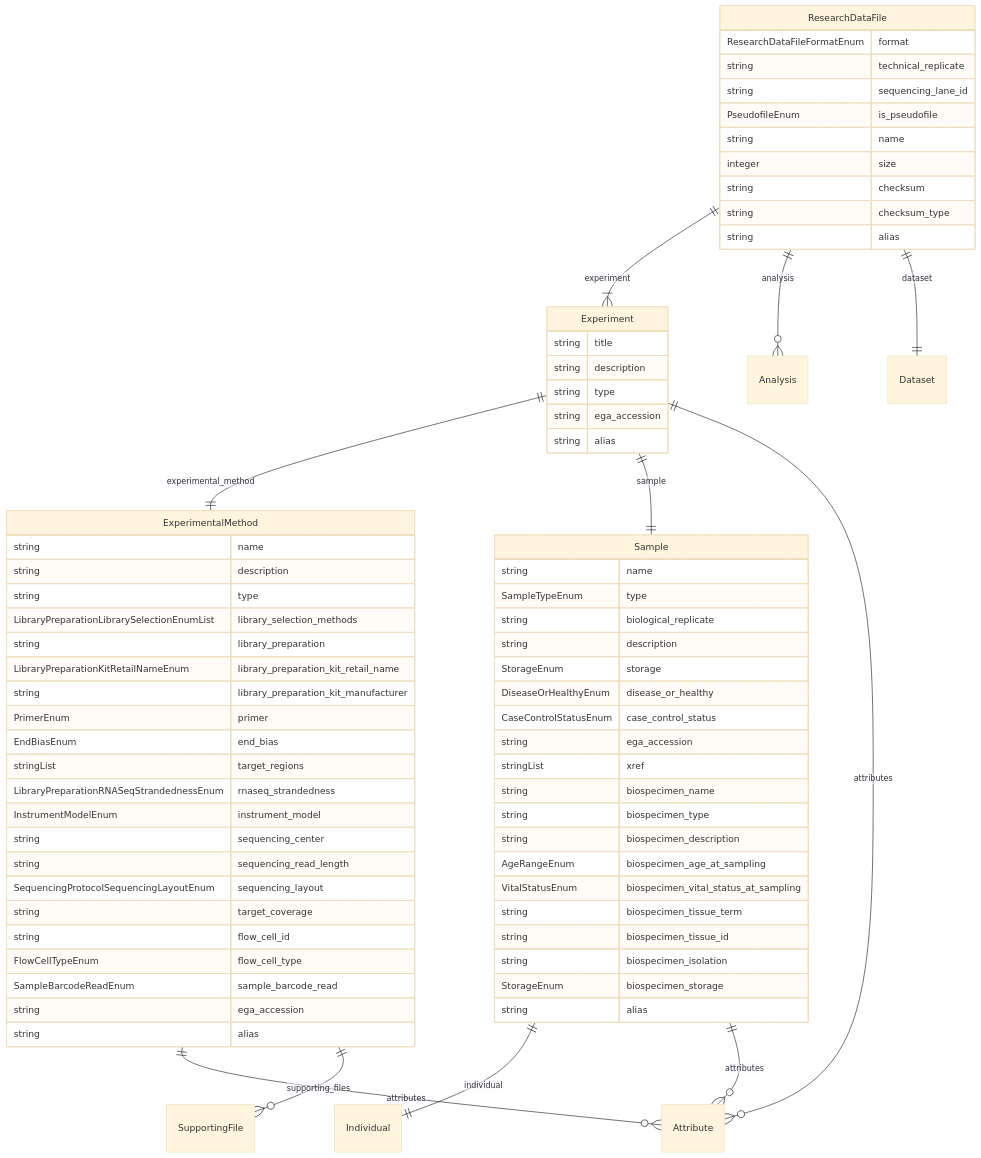
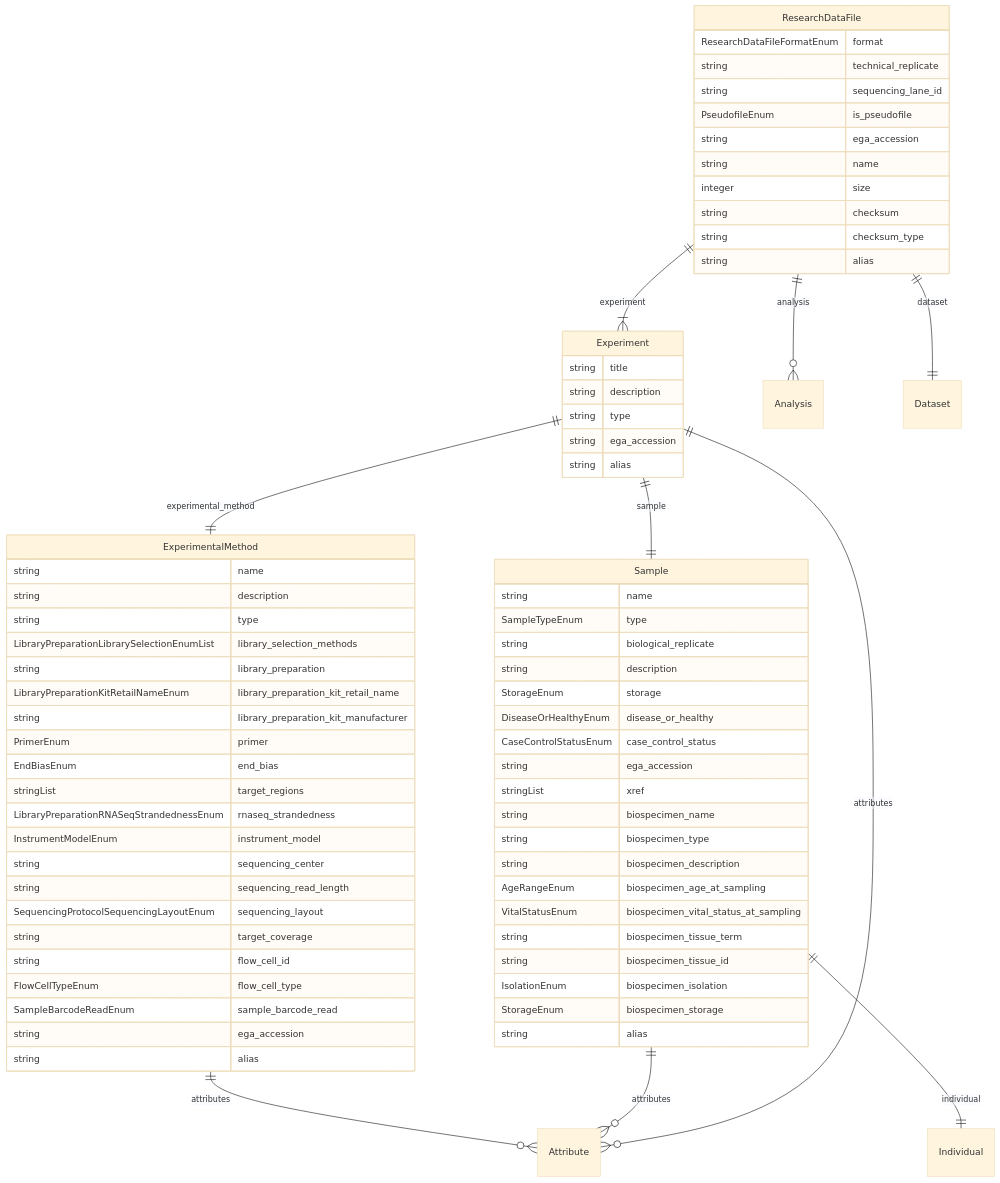
Before and after one commit to ghga-de/ghga-metadata-schema: the fifth of 5 diagrams in docs/entity_relations.md, drawn with Mermaid (base theme). The commit also changed other lines of this file and 88 other files, not shown here.

````diff
--- a/docs/entity_relations.md
+++ b/docs/entity_relations.md
@@ -202,77 +212,77 @@
 ```mermaid
 erDiagram
 ExperimentalMethod {
     string name  
     string description  
     string type  
     LibraryPreparationLibrarySelectionEnumList library_selection_methods  
     string library_preparation  
     LibraryPreparationKitRetailNameEnum library_preparation_kit_retail_name  
     string library_preparation_kit_manufacturer  
     PrimerEnum primer  
     EndBiasEnum end_bias  
     stringList target_regions  
     LibraryPreparationRNASeqStrandednessEnum rnaseq_strandedness  
     InstrumentModelEnum instrument_model  
     string sequencing_center  
     string sequencing_read_length  
     SequencingProtocolSequencingLayoutEnum sequencing_layout  
     string target_coverage  
     string flow_cell_id  
     FlowCellTypeEnum flow_cell_type  
     SampleBarcodeReadEnum sample_barcode_read  
     string ega_accession  
     string alias  
 }
 ResearchDataFile {
     ResearchDataFileFormatEnum format  
     string technical_replicate  
     string sequencing_lane_id  
     PseudofileEnum is_pseudofile  
+    string ega_accession  
     string name  
     integer size  
     string checksum  
     string checksum_type  
     string alias  
 }
 Sample {
     string name  
     SampleTypeEnum type  
     string biological_replicate  
     string description  
     StorageEnum storage  
     DiseaseOrHealthyEnum disease_or_healthy  
     CaseControlStatusEnum case_control_status  
     string ega_accession  
     stringList xref  
     string biospecimen_name  
     string biospecimen_type  
     string biospecimen_description  
     AgeRangeEnum biospecimen_age_at_sampling  
     VitalStatusEnum biospecimen_vital_status_at_sampling  
     string biospecimen_tissue_term  
     string biospecimen_tissue_id  
-    string biospecimen_isolation  
+    IsolationEnum biospecimen_isolation  
     StorageEnum biospecimen_storage  
     string alias  
 }
 Experiment {
     string title  
     string description  
     string type  
     string ega_accession  
     string alias  
 }
 
 ExperimentalMethod ||--}o Attribute : "attributes"
-ExperimentalMethod ||--}o SupportingFile : "supporting_files"
 ResearchDataFile ||--}| Experiment : "experiment"
 ResearchDataFile ||--}o Analysis : "analysis"
 ResearchDataFile ||--|| Dataset : "dataset"
 Sample ||--|| Individual : "individual"
 Sample ||--}o Attribute : "attributes"
 Experiment ||--|| ExperimentalMethod : "experimental_method"
 Experiment ||--|| Sample : "sample"
 Experiment ||--}o Attribute : "attributes"
 
 ```
````
